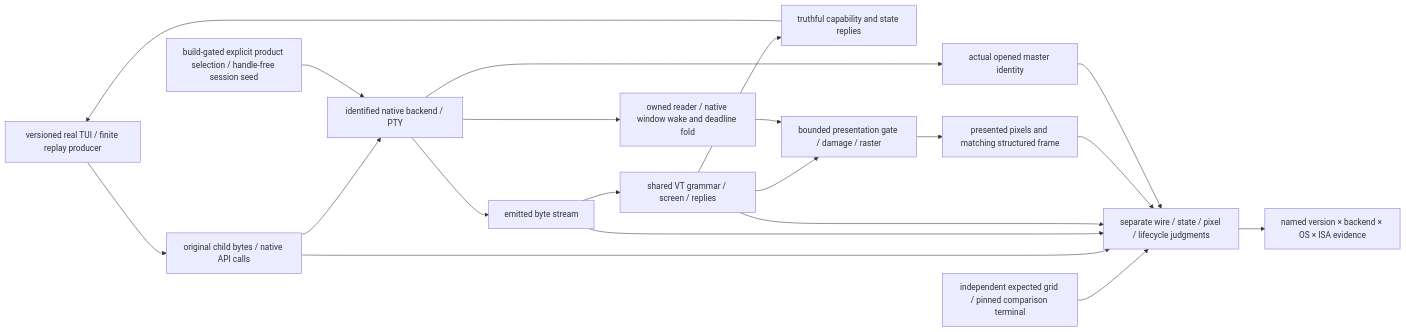
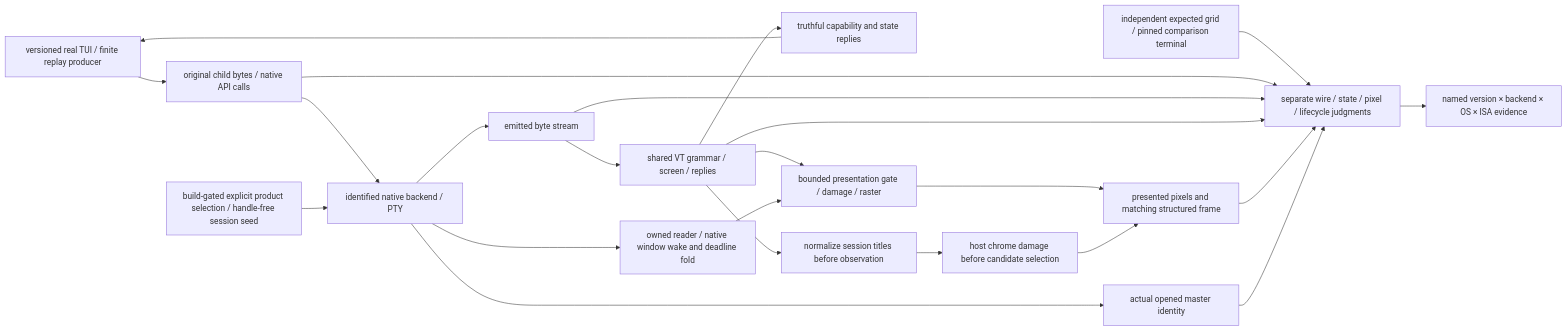
The diagram in prd/PRD_02_24_01_tui_compatibility.md (partnernetsoftware/minicon), drawn with Mermaid before and after one commit. The commit also changed other lines of this file and 4 other files, not shown here.

Commit message:
fix(terminal): publish titles before retained paint selection

````diff
--- a/prd/PRD_02_24_01_tui_compatibility.md
+++ b/prd/PRD_02_24_01_tui_compatibility.md
@@ -74,17 +80,18 @@
 ```mermaid
 flowchart LR
     APP["versioned real TUI / finite replay producer"] --> RAW["original child bytes / native API calls"]
     RAW --> OS["identified native backend / PTY"]
     OS --> WIRE["emitted byte stream"]
     WIRE --> VT["shared VT grammar / screen / replies"]
     VT --> REPLY["truthful capability and state replies"]
     REPLY --> APP
     VT --> PRESENT["bounded presentation gate / damage / raster"]
     PRESENT --> FRAME["presented pixels and matching structured frame"]
     EXPECT["independent expected grid / pinned comparison terminal"] --> COURT["separate wire / state / pixel / lifecycle judgments"]
     RAW & WIRE & VT & FRAME --> COURT
     SELECT["build-gated explicit product selection / handle-free session seed"] --> OS
     OS --> ID["actual opened master identity"] --> COURT
     OS --> WAKE["owned reader / native window wake and deadline fold"] --> PRESENT
+    VT --> TITLE["normalize session titles before observation"] --> HD["host chrome damage before candidate selection"] --> FRAME
     COURT --> SCOPE["named version × backend × OS × ISA evidence"]
 ```
````
